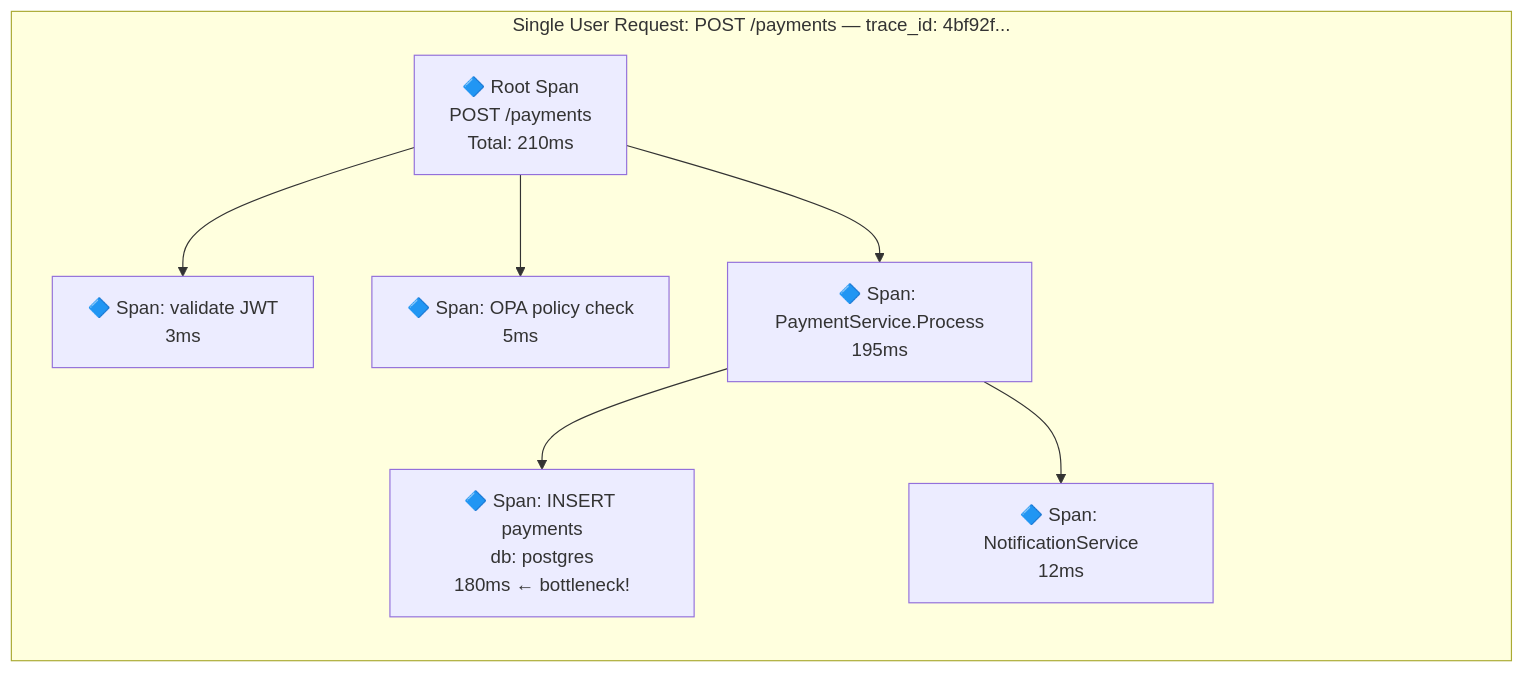
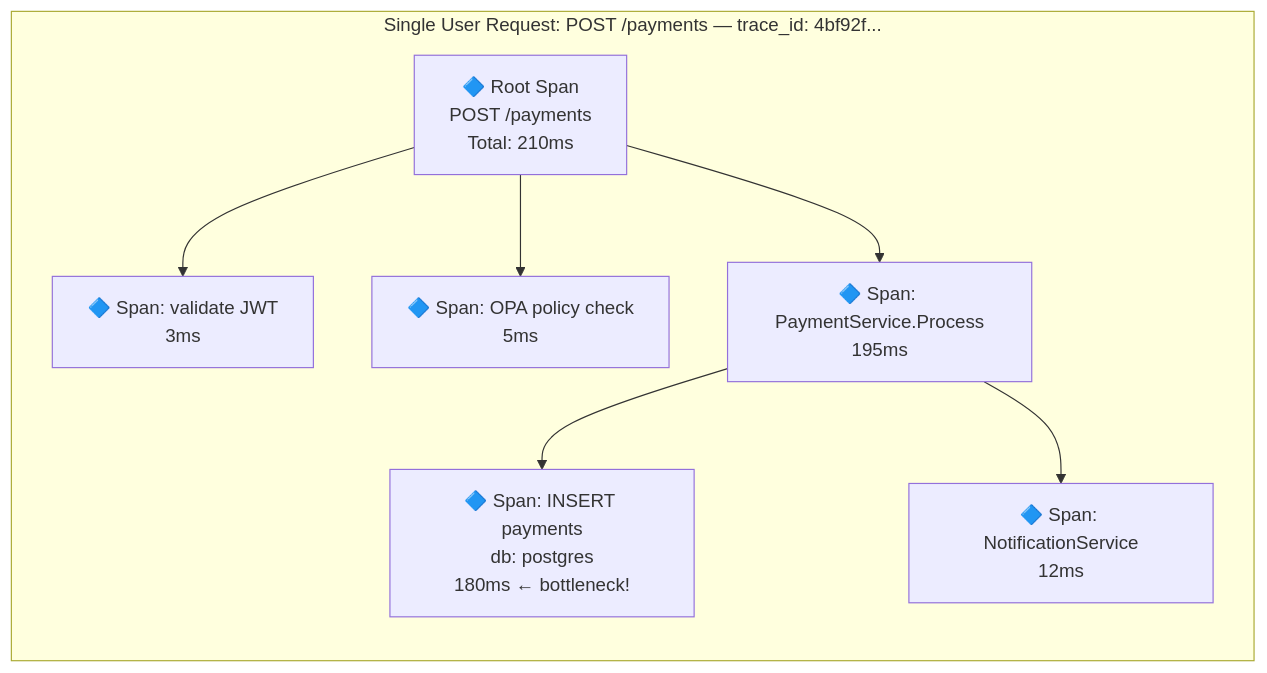
The second of 9 diagrams in internal/fundamentals/security-and-observability/04-distributed-tracing.md (romangurevitch/GoTraining), drawn with Mermaid before and after one commit. The commit also changed other lines of this file and 20 other files, not shown here.

````diff
--- a/internal/fundamentals/security-and-observability/04-distributed-tracing.md
+++ b/internal/fundamentals/security-and-observability/04-distributed-tracing.md
@@ -30,19 +27,14 @@
 ```mermaid
 graph LR
     subgraph Request["Single User Request: POST /payments — trace_id: 4bf92f..."]
         direction TB
         ROOT["🔷 Root Span<br/>POST /payments<br/>Total: 210ms"]
-        SPACE1[" "]
-        SPACE2[" "]
 
         ROOT --> AUTH["🔷 Span: validate JWT<br/>3ms"]
         ROOT --> POLICY["🔷 Span: OPA policy check<br/>5ms"]
         ROOT --> SVC["🔷 Span: PaymentService.Process<br/>195ms"]
 
         SVC --> DB["🔷 Span: INSERT payments<br/>db: postgres<br/>180ms ← bottleneck!"]
         SVC --> NOTIFY["🔷 Span: NotificationService<br/>12ms"]
     end
-
-    style SPACE1 fill:none,stroke:none
-    style SPACE2 fill:none,stroke:none
 ```
````
